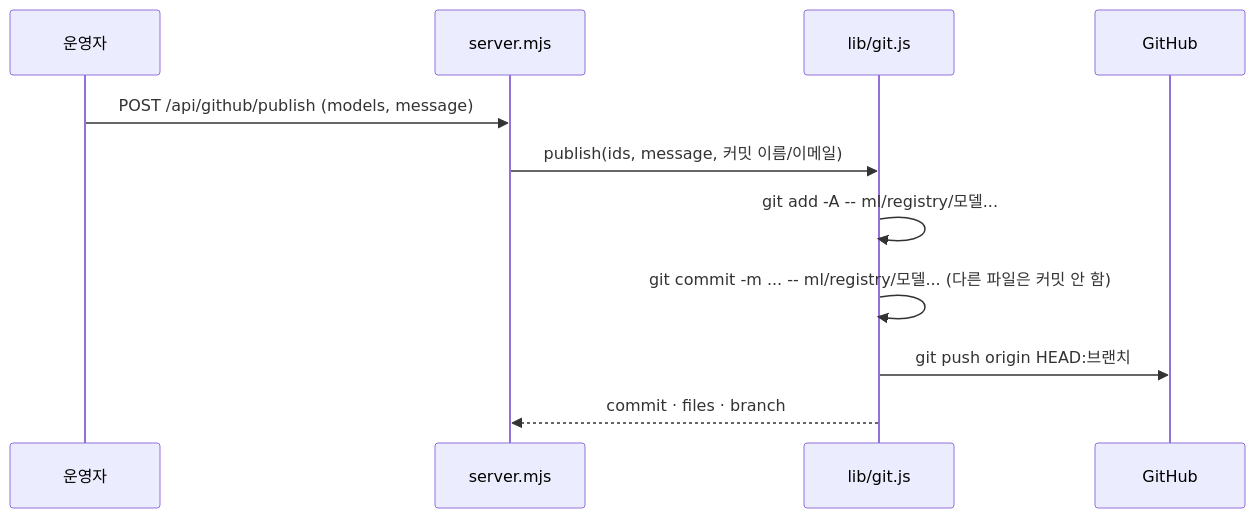
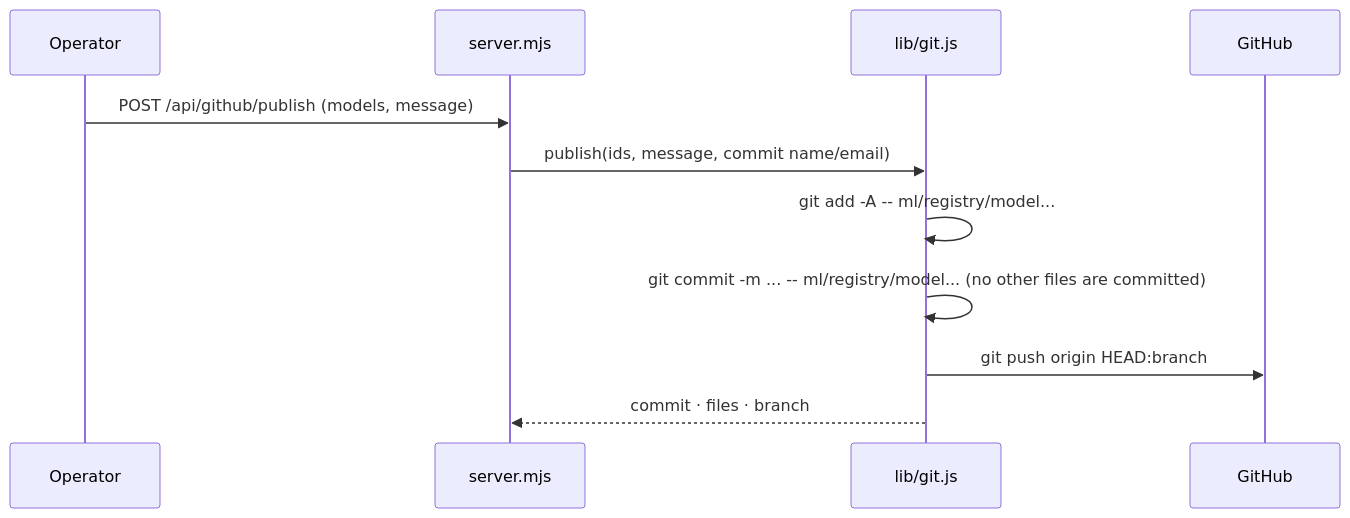
One commit to chungbrain/OOJOO-FARM changed diagram 11 of 16 in docs/code-graph/README.md. Above: the diagram before and after it, drawn with Mermaid. The commit also changed other lines of this file and 7 other files, not shown here.

First line of the commit message:
docs: English code graph as default, Korean in *_kor.md

````diff
--- a/docs/code-graph/README.md
+++ b/docs/code-graph/README.md
@@ -316,13 +316,13 @@
 ```mermaid
 sequenceDiagram
-  participant O as 운영자
+  participant O as Operator
   participant S as server.mjs
   participant G as lib/git.js
   participant GH as GitHub
   O->>S: POST /api/github/publish (models, message)
-  S->>G: publish(ids, message, 커밋 이름/이메일)
-  G->>G: git add -A -- ml/registry/모델...
-  G->>G: git commit -m ... -- ml/registry/모델...  (다른 파일은 커밋 안 함)
-  G->>GH: git push origin HEAD:브랜치
+  S->>G: publish(ids, message, commit name/email)
+  G->>G: git add -A -- ml/registry/model...
+  G->>G: git commit -m ... -- ml/registry/model...  (no other files are committed)
+  G->>GH: git push origin HEAD:branch
   G-->>S: commit · files · branch
 ```
````
